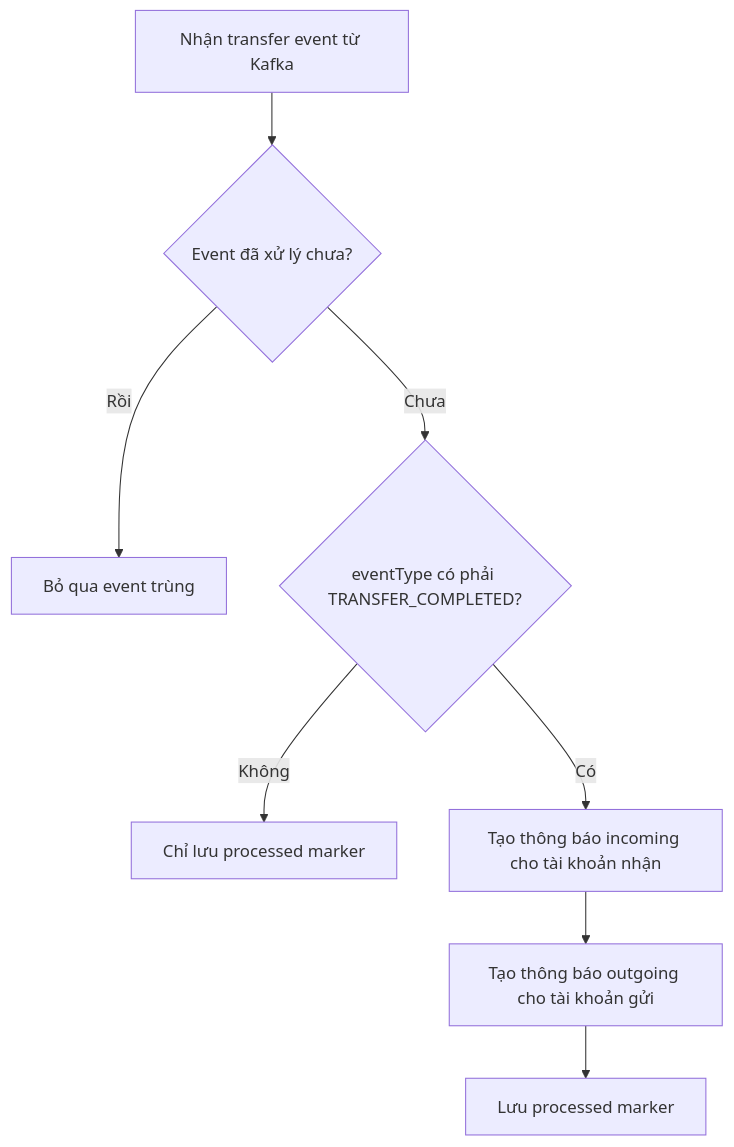
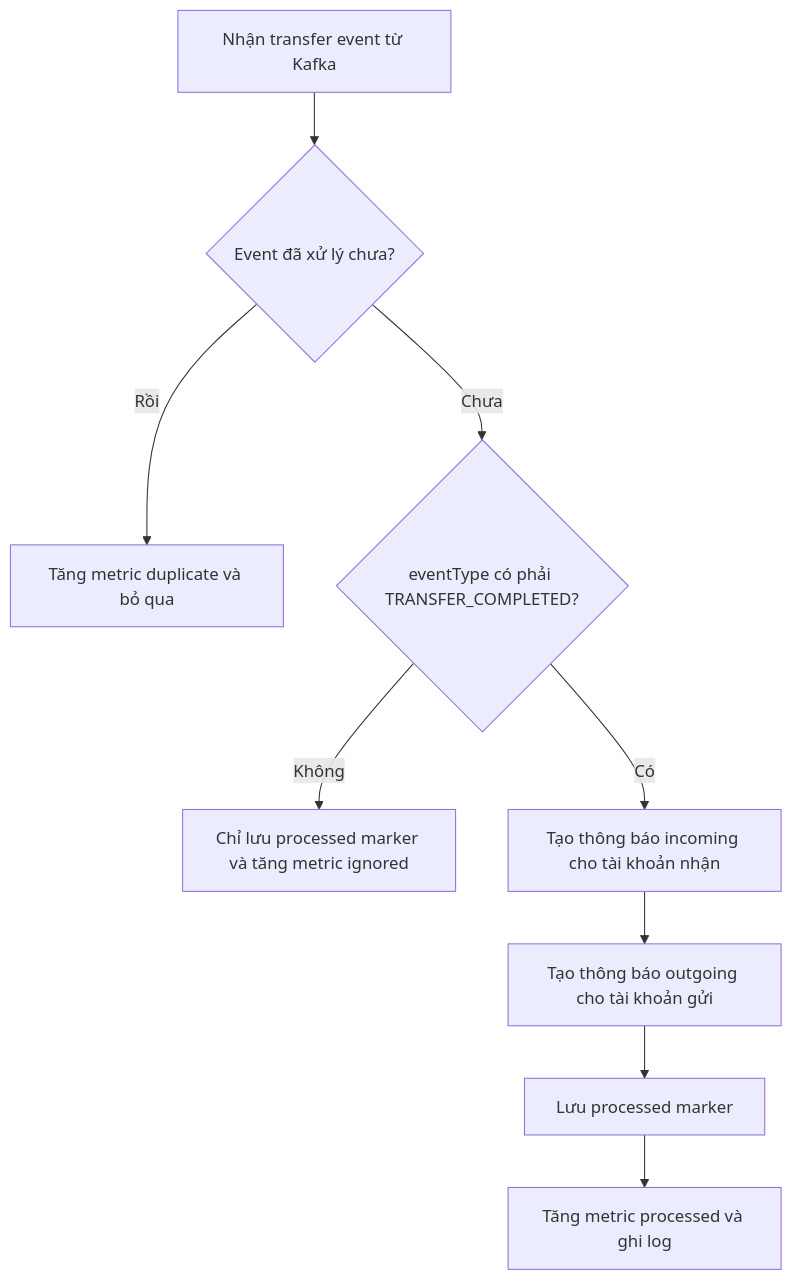
Before and after one commit to HungDung2012/mini-banking-transfer-system: the fifth of 6 diagrams in docs/analysis-and-design-ddd.md, drawn with Mermaid. The commit also changed other lines of this file and 9 other files, not shown here.

````diff
--- a/docs/analysis-and-design-ddd.md
+++ b/docs/analysis-and-design-ddd.md
@@ -271,10 +319,11 @@
 ```mermaid
 flowchart TD
     A[Nhận transfer event từ Kafka] --> B{Event đã xử lý chưa?}
-    B -->|Rồi| C[Bỏ qua event trùng]
+    B -->|Rồi| C[Tăng metric duplicate và bỏ qua]
     B -->|Chưa| D{eventType có phải TRANSFER_COMPLETED?}
-    D -->|Không| E[Chỉ lưu processed marker]
+    D -->|Không| E[Chỉ lưu processed marker và tăng metric ignored]
     D -->|Có| F[Tạo thông báo incoming cho tài khoản nhận]
     F --> G[Tạo thông báo outgoing cho tài khoản gửi]
     G --> H[Lưu processed marker]
+    H --> I[Tăng metric processed và ghi log]
 ```
````
